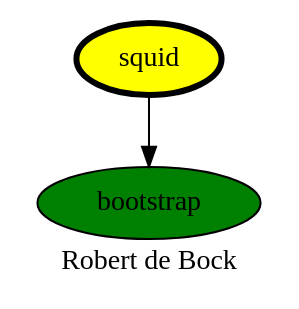
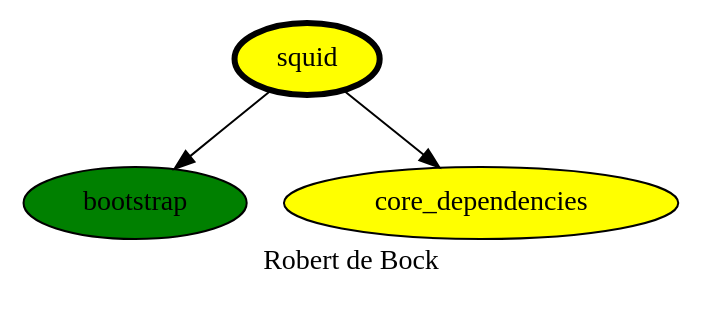
Before and after one commit to robertdebock/drawings: the diagram in squid.dot, drawn with Graphviz. The commit also changed 2 other files, not shown here.

Commit message:
Fix sudo_pair and core_dependencies.

```diff
--- a/squid.dot
+++ b/squid.dot
@@ -1,9 +1,10 @@
 digraph PhiloDilemma {
   label = "Robert de Bock" ;
   overlap=false
   {
     bootstrap [fillcolor=green style=filled]
+    core_dependencies [fillcolor=yellow style=filled]
     squid [fillcolor=yellow style=filled penwidth=3]
   }
-  squid -> bootstrap
+  squid -> {bootstrap core_dependencies}
 }
```
